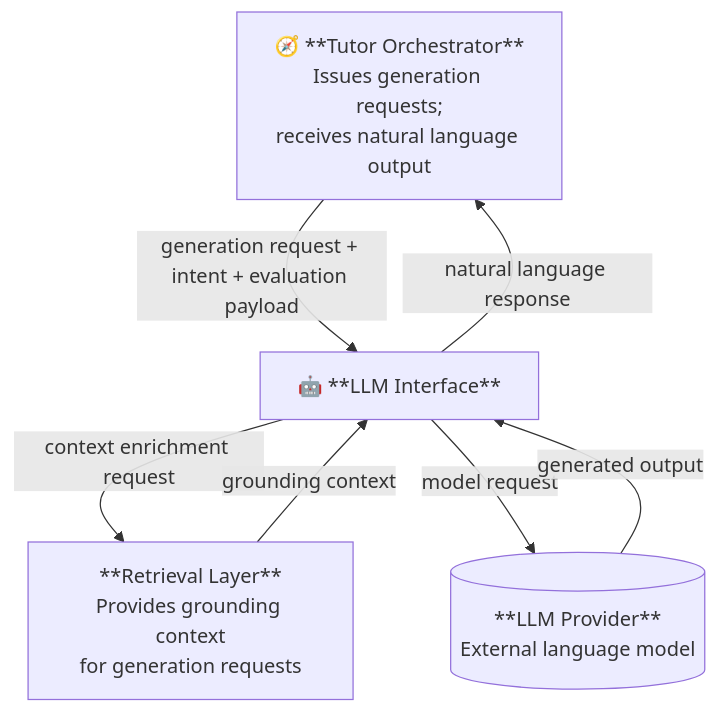
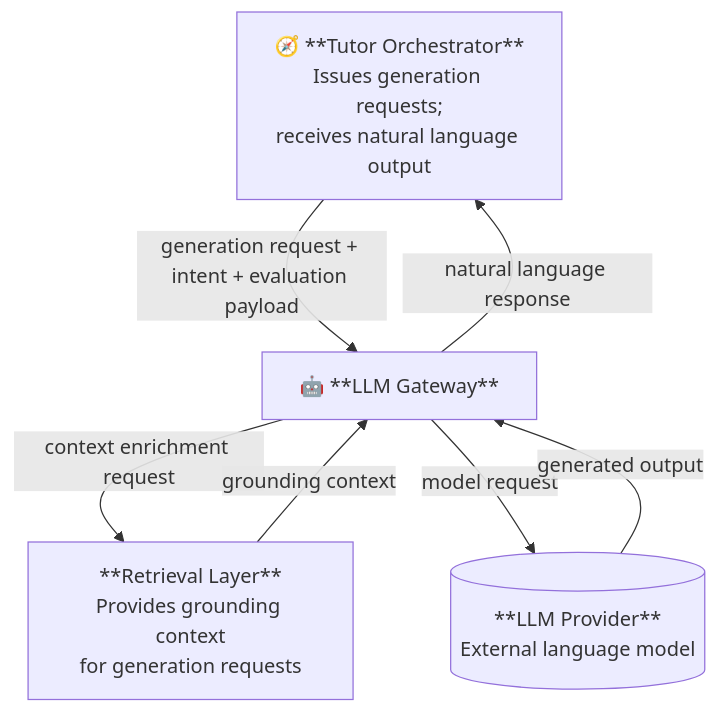
One commit to AigoraCorporation/aigora changed the diagram in docs/02-architecture/llm-interface.md. Above: the diagram before and after it, drawn with Mermaid. The commit also changed other lines of this file and 6 other files, not shown here.

Commit message:
refactor(architecture): rename LLM Interface to LLM Gateway

````diff
--- a/docs/02-architecture/llm-interface.md
+++ b/docs/02-architecture/llm-interface.md
@@ -57,14 +57,14 @@
 ```mermaid
 flowchart TB
     orchestrator["🧭 **Tutor Orchestrator**<br/>Issues generation requests;<br/>receives natural language output"]
-    llmInterface["🤖 **LLM Interface**"]
+    llmInterface["🤖 **LLM Gateway**"]
     retrievalLayer["**Retrieval Layer**<br/>Provides grounding context<br/>for generation requests"]
     llmProvider[("**LLM Provider**<br/>External language model")]
 
     orchestrator -->|"generation request + intent + evaluation payload"| llmInterface
     llmInterface -->|"context enrichment request"| retrievalLayer
     retrievalLayer -->|"grounding context"| llmInterface
     llmInterface -->|"model request"| llmProvider
     llmProvider -->|"generated output"| llmInterface
     llmInterface -->|"natural language response"| orchestrator
 ```
````
